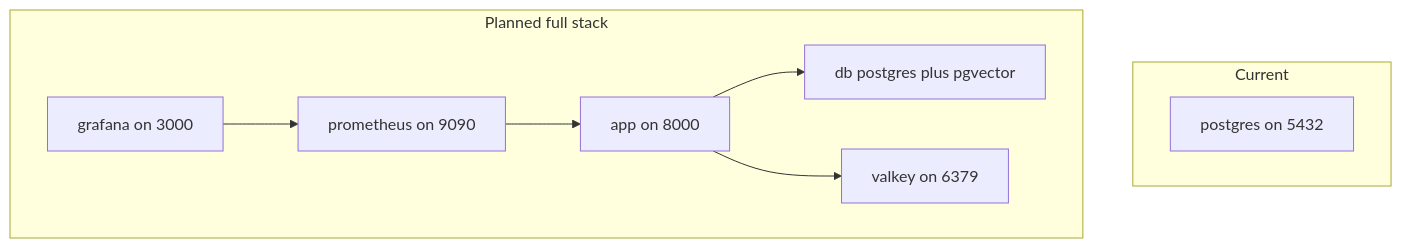
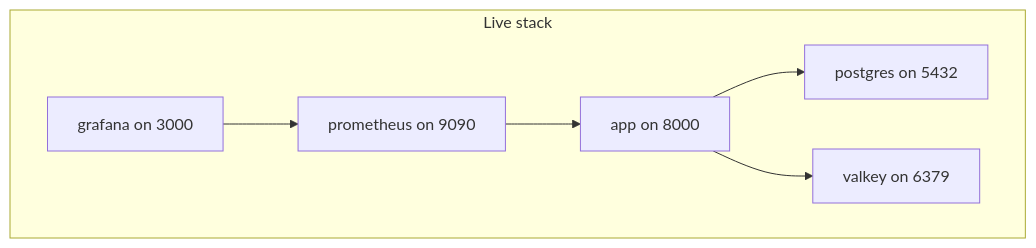
One commit to dinoesau/langgraph-template changed the diagram in docs/docker.md. Above: the diagram before and after it, drawn with Mermaid. The commit also changed other lines of this file and 15 other files, not shown here.

Commit message:
feat(s8): full stack plus CI with per-stage env and gates

````diff
--- a/docs/docker.md
+++ b/docs/docker.md
@@ -17,19 +20,15 @@
 ```mermaid
 graph TB
-    subgraph current["Current"]
+    subgraph stack["Live stack"]
+        app["app on 8000"]
         pg["postgres on 5432"]
-    end
-
-    subgraph planned["Planned full stack"]
-        app["app on 8000"]
-        db["db postgres plus pgvector"]
         valkey["valkey on 6379"]
         prometheus["prometheus on 9090"]
         grafana["grafana on 3000"]
     end
 
-    app --> db
+    app --> pg
     app --> valkey
     prometheus --> app
     grafana --> prometheus
 ```
````
